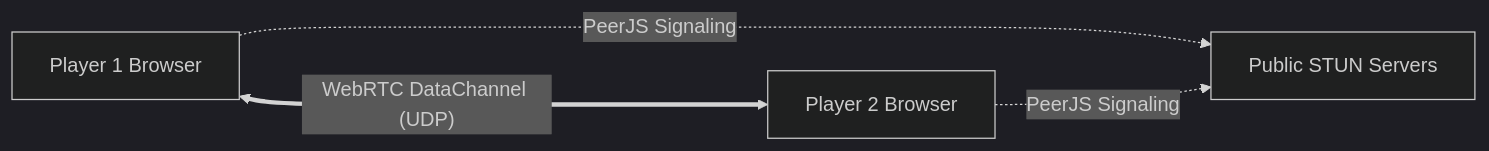
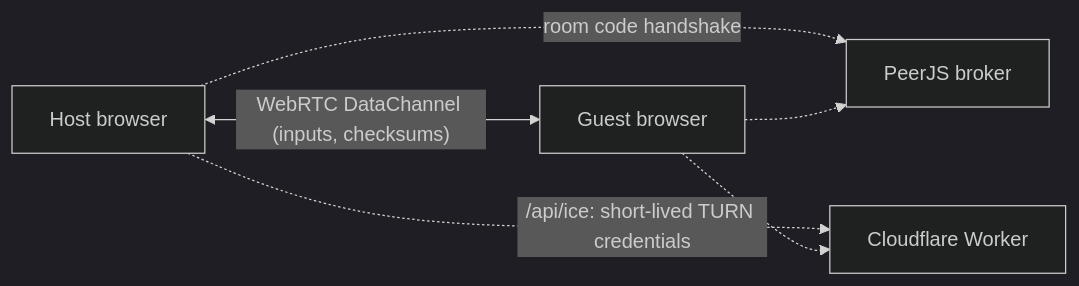
One commit to AMFI-Disable/RenYing changed the diagram in docs/wiki/multiplayer-and-netcode.md. Above: the diagram before and after it, drawn with Mermaid (dark theme). The commit also changed other lines of this file and 24 other files, not shown here.

````diff
--- a/docs/wiki/multiplayer-and-netcode.md
+++ b/docs/wiki/multiplayer-and-netcode.md
@@ -7,6 +11,8 @@
 ```mermaid
 flowchart LR
-    P1["Player 1 Browser"] <===>|"WebRTC DataChannel (UDP)"| P2["Player 2 Browser"]
-    P1 -.->|"PeerJS Signaling"| STUN["Public STUN Servers"]
-    P2 -.->|"PeerJS Signaling"| STUN
+    A["Host browser"] <-->|"WebRTC DataChannel (inputs, checksums)"| B["Guest browser"]
+    A -.->|"room code handshake"| P["PeerJS broker"]
+    B -.-> P
+    A -.->|"/api/ice: short-lived TURN credentials"| W["Cloudflare Worker"]
+    B -.-> W
 ```
````
